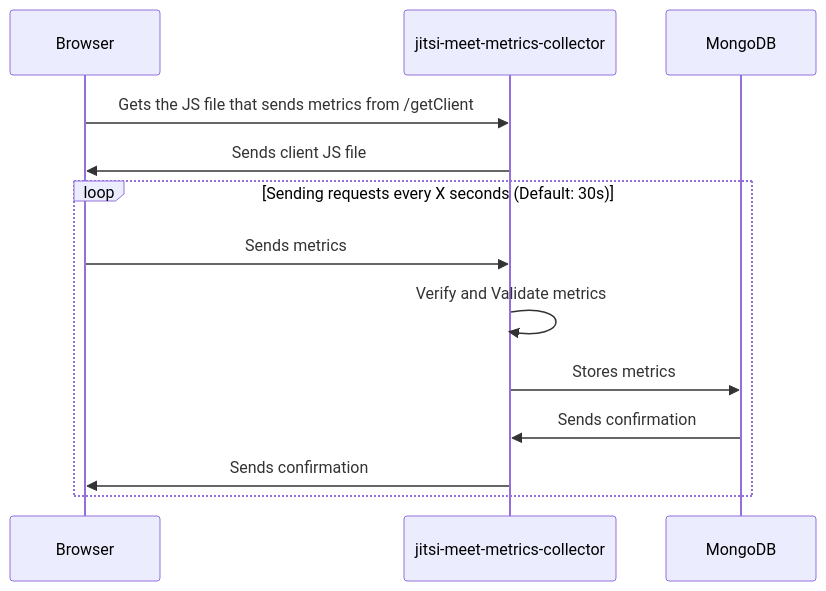
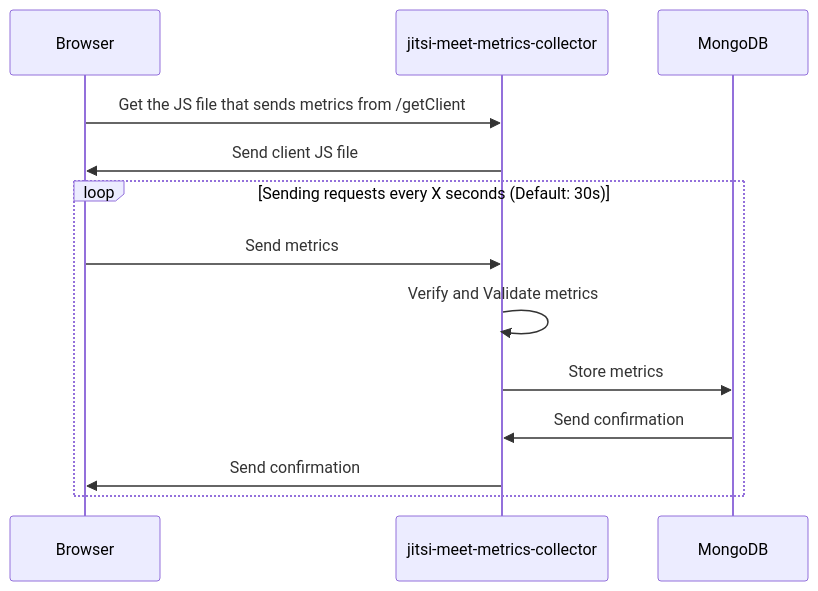
Before and after one commit to DISIC/jitsi-meet-metrics-collector: the diagram in README.md, drawn with Mermaid.

Commit message:
Documentation V1.1

````diff
--- a/README.md
+++ b/README.md
@@ -5,13 +5,13 @@
 ```mermaid
 sequenceDiagram
-Browser->>jitsi-meet-metrics-collector: Gets the JS file that sends metrics from /getClient
-jitsi-meet-metrics-collector->>Browser: Sends client JS file
+Browser->>jitsi-meet-metrics-collector: Get the JS file that sends metrics from /getClient
+jitsi-meet-metrics-collector->>Browser: Send client JS file
 loop Sending requests every X seconds (Default: 30s)
-    Browser->>jitsi-meet-metrics-collector: Sends metrics
+    Browser->>jitsi-meet-metrics-collector: Send metrics
     jitsi-meet-metrics-collector->>jitsi-meet-metrics-collector: Verify and Validate metrics
-    jitsi-meet-metrics-collector->>MongoDB: Stores metrics
-    MongoDB->>jitsi-meet-metrics-collector: Sends confirmation
-    jitsi-meet-metrics-collector->>Browser: Sends confirmation
+    jitsi-meet-metrics-collector->>MongoDB: Store metrics
+    MongoDB->>jitsi-meet-metrics-collector: Send confirmation
+    jitsi-meet-metrics-collector->>Browser: Send confirmation
     
 end
 ```
````
